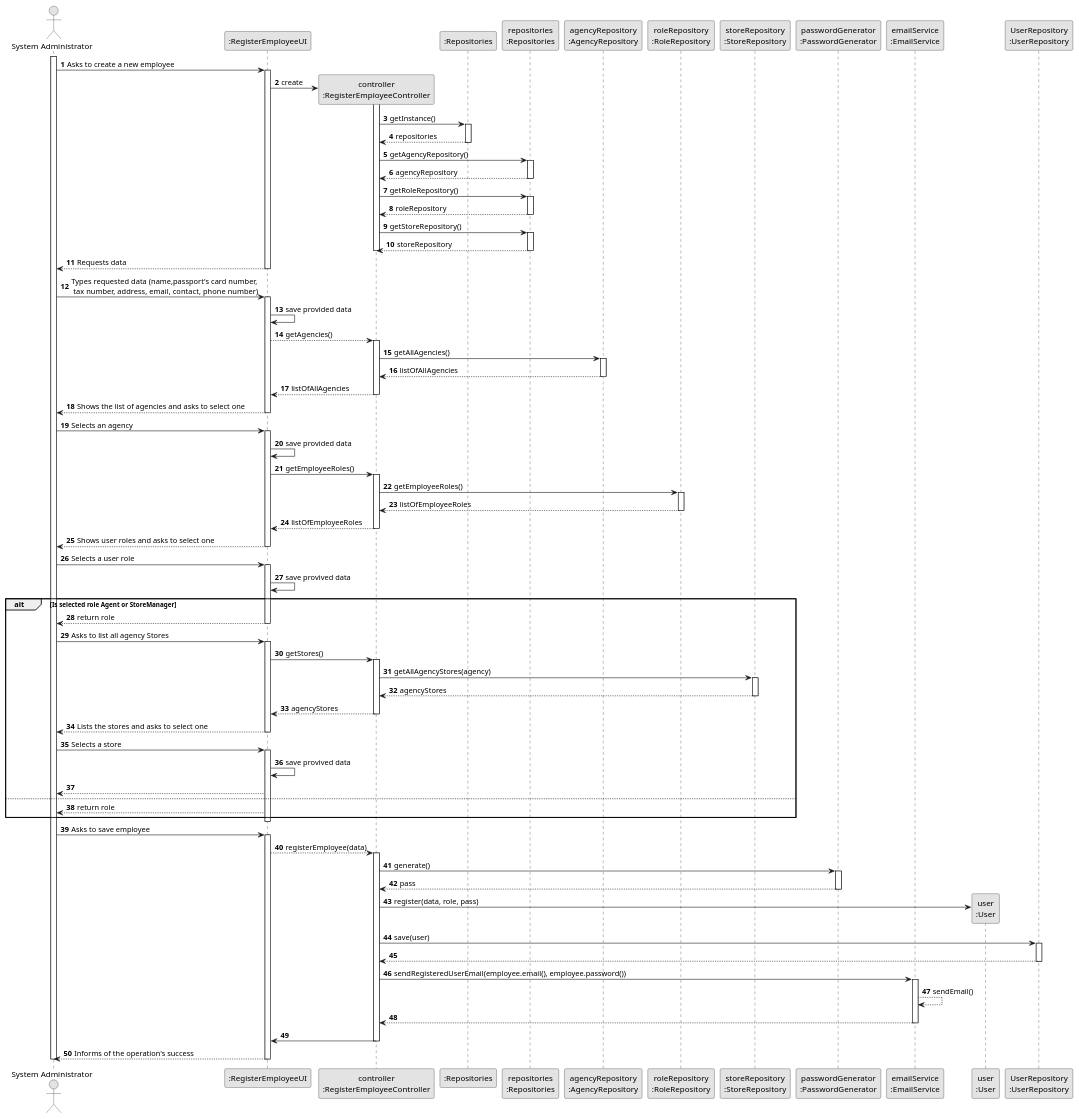
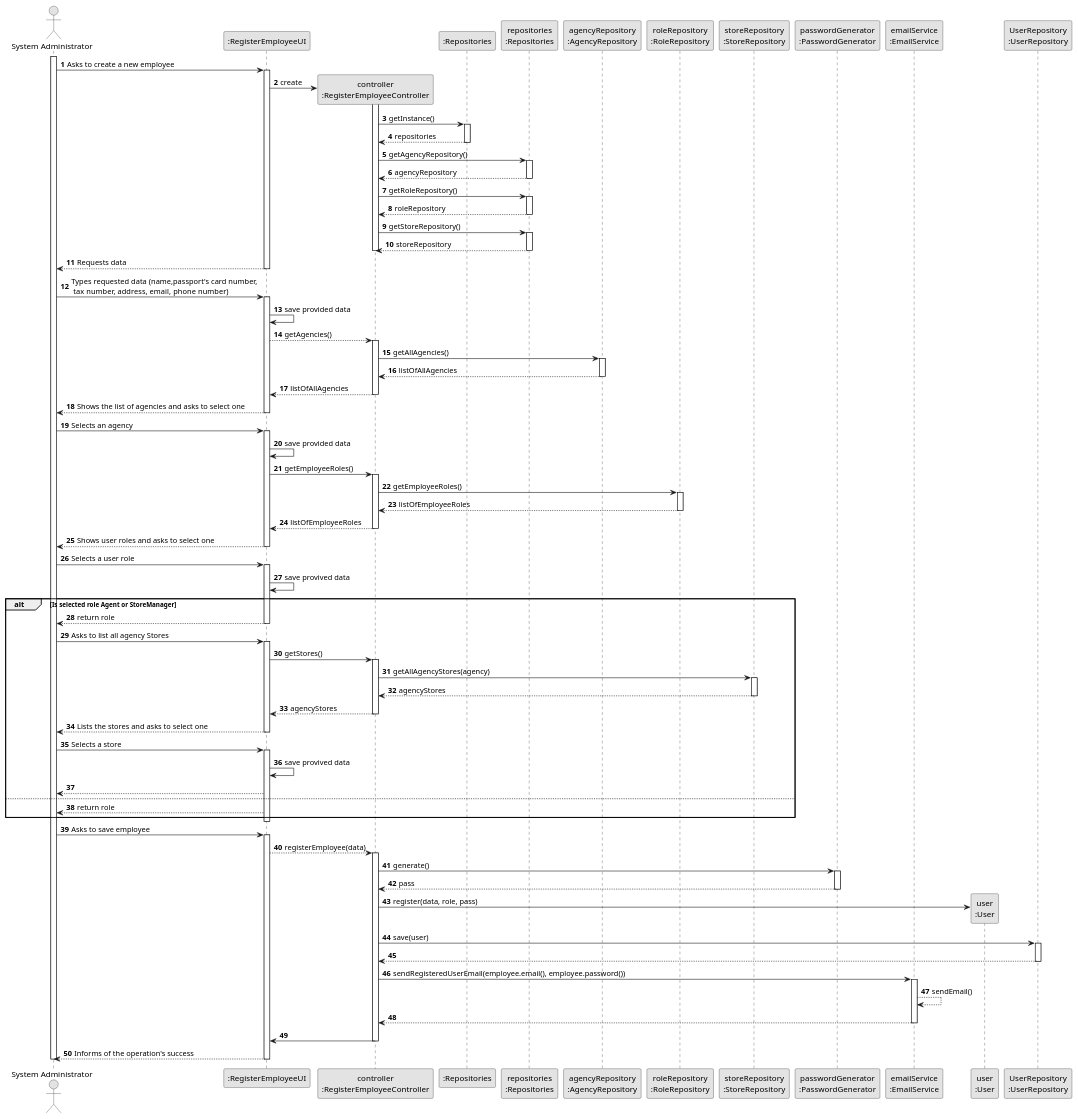
The diagram in docs/sprintB/us003/03.design/puml/us003-sequence-diagram-full.puml (1220812/LAPR2), drawn with PlantUML before and after one commit. The commit also changed 2 other files, not shown here.

```diff
--- a/docs/sprintB/us003/03.design/puml/us003-sequence-diagram-full.puml
+++ b/docs/sprintB/us003/03.design/puml/us003-sequence-diagram-full.puml
@@ -1,199 +1,199 @@
 @startuml
 skinparam monochrome true
 skinparam packageStyle rectangle
 skinparam shadowing false
 
 autonumber
 
 'hide footbox
 actor "System Administrator" as ADM
 participant ":RegisterEmployeeUI" as UI
 participant "controller\n:RegisterEmployeeController" as CTRL
 participant ":Repositories" as RepositorySingleton
 participant "repositories\n:Repositories" as PLAT
 participant "agencyRepository\n:AgencyRepository" as AREPO
 participant "roleRepository\n:RoleRepository" as RREPO
 participant "storeRepository\n:StoreRepository" as SREPO
 participant "passwordGenerator\n:PasswordGenerator" as PASSGEN
 participant "emailService\n:EmailService" as EMSERV
 participant "user\n:User" as EMPLOYEE
 participant "UserRepository\n:UserRepository" as EMREPO
 activate ADM
 
         ADM -> UI : Asks to create a new employee
 
         activate UI
 
 '            UI --> ADM : requests data (reference, description,  informal \n description, technical description, duration, cost)
             'create CTRL
             UI -> CTRL** : create
             activate CTRL
 
                 CTRL -> RepositorySingleton : getInstance()
                         activate RepositorySingleton
 
                             RepositorySingleton --> CTRL: repositories
 
                         deactivate RepositorySingleton
                         CTRL -> PLAT : getAgencyRepository()
                         activate PLAT
 
                             PLAT --> CTRL : agencyRepository
 
                         deactivate PLAT
                         CTRL -> PLAT : getRoleRepository()
                         activate PLAT
 
                             PLAT --> CTRL : roleRepository
 
                         deactivate PLAT
                         CTRL -> PLAT : getStoreRepository()
                         activate PLAT
 
                             PLAT --> CTRL : storeRepository
 
                         deactivate PLAT
             deactivate CTRL
 
             UI --> ADM : Requests data
        deactivate UI
 
-       ADM -> UI : Types requested data (name,passport's card number,\n tax number, address,  email, contact, phone number)
+       ADM -> UI : Types requested data (name,passport's card number,\n tax number, address,  email, phone number)
 
        activate UI
             UI -> UI : save provided data
             UI --> CTRL : getAgencies()
             activate CTRL
 
                 CTRL -> AREPO : getAllAgencies()
 
                 activate AREPO
 
                     AREPO --> CTRL : listOfAllAgencies
 
                 deactivate AREPO
 
                 CTRL --> UI : listOfAllAgencies
 
             deactivate CTRL
             UI --> ADM : Shows the list of agencies and asks to select one
 
        deactivate UI
 
        ADM -> UI : Selects an agency
 
        activate UI
 
             UI -> UI : save provided data
             UI -> CTRL : getEmployeeRoles()
 
             activate CTRL
 
                 CTRL -> RREPO : getEmployeeRoles()
 
                 activate RREPO
 
                     RREPO --> CTRL : listOfEmployeeRoles
 
                 deactivate RREPO
 
                 CTRL --> UI : listOfEmployeeRoles
 
             deactivate CTRL
 
             UI --> ADM : Shows user roles and asks to select one
 
        deactivate UI
 
        ADM -> UI : Selects a user role
 
        activate UI
 
             UI -> UI : save provived data
 
 
        alt Is selected role Agent or StoreManager
             UI --> ADM : return role
             deactivate UI
 
        ADM -> UI : Asks to list all agency Stores
 
         activate UI
 
             UI -> CTRL : getStores()
 
                 activate CTRL
 
                     CTRL -> SREPO : getAllAgencyStores(agency)
 
                     activate SREPO
 
                         SREPO --> CTRL : agencyStores
 
                     deactivate SREPO
 
                     CTRL --> UI : agencyStores
 
                 deactivate CTRL
 
                 UI --> ADM : Lists the stores and asks to select one
 
                 deactivate UI
 
             ADM -> UI : Selects a store
 
             activate UI
 
                 UI -> UI : save provived data
                 UI --> ADM :
        else
             UI --> ADM : return role
        end
 
        deactivate UI
 
     ADM -> UI : Asks to save employee
 
         activate UI
 
             UI --> CTRL : registerEmployee(data)
 
             activate CTRL
 
                 CTRL -> PASSGEN : generate()
 
                 activate PASSGEN
 
                 PASSGEN --> CTRL : pass
 
                 deactivate PASSGEN
 
                 CTRL -> EMPLOYEE** : register(data, role, pass)
 
                 CTRL -> EMREPO : save(user)
 
                 activate EMREPO
 
                     EMREPO --> CTRL
 
                 deactivate EMREPO
 
                 CTRL -> EMSERV : sendRegisteredUserEmail(employee.email(), employee.password())
 
                 activate EMSERV
 
                     EMSERV --> EMSERV : sendEmail()
                     EMSERV --> CTRL
 
 
                 deactivate EMSERV
 
                 CTRL -> UI
 
             deactivate CTRL
 
             UI --> ADM : Informs of the operation's success
 
     deactivate UI
 deactivate ADM
 @enduml
```
